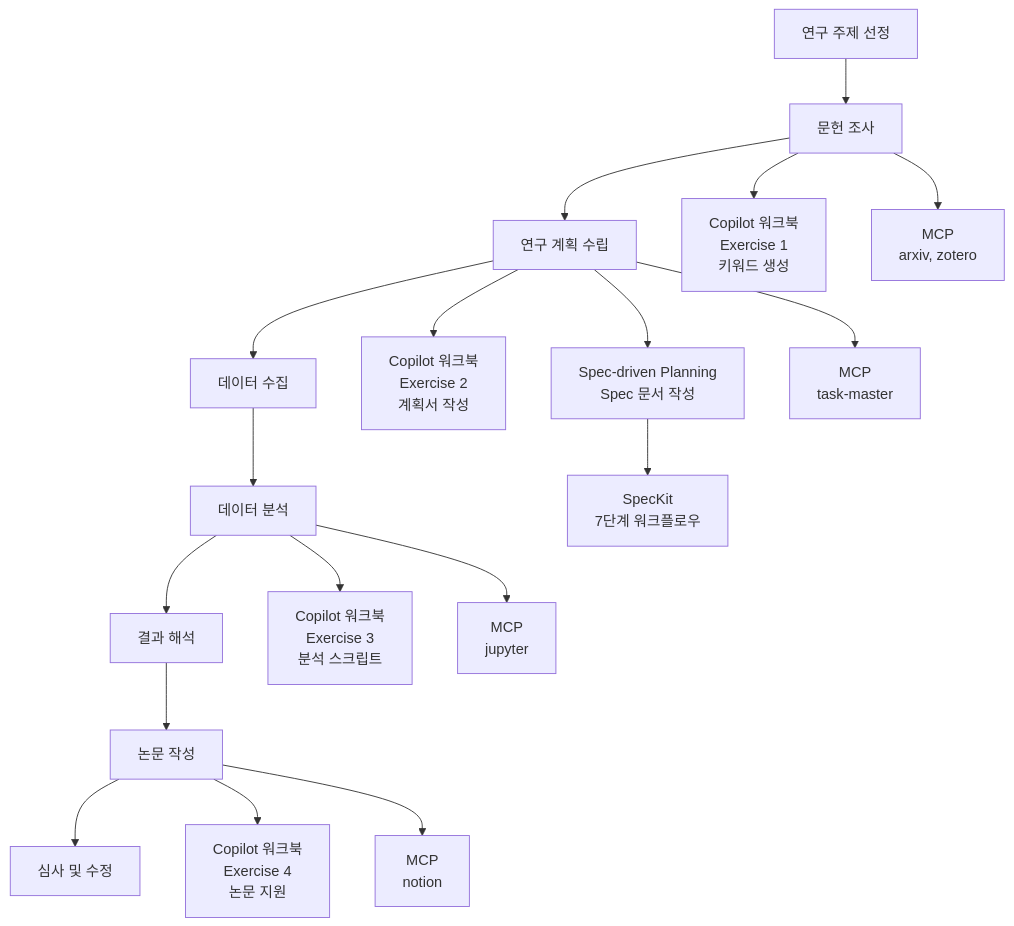
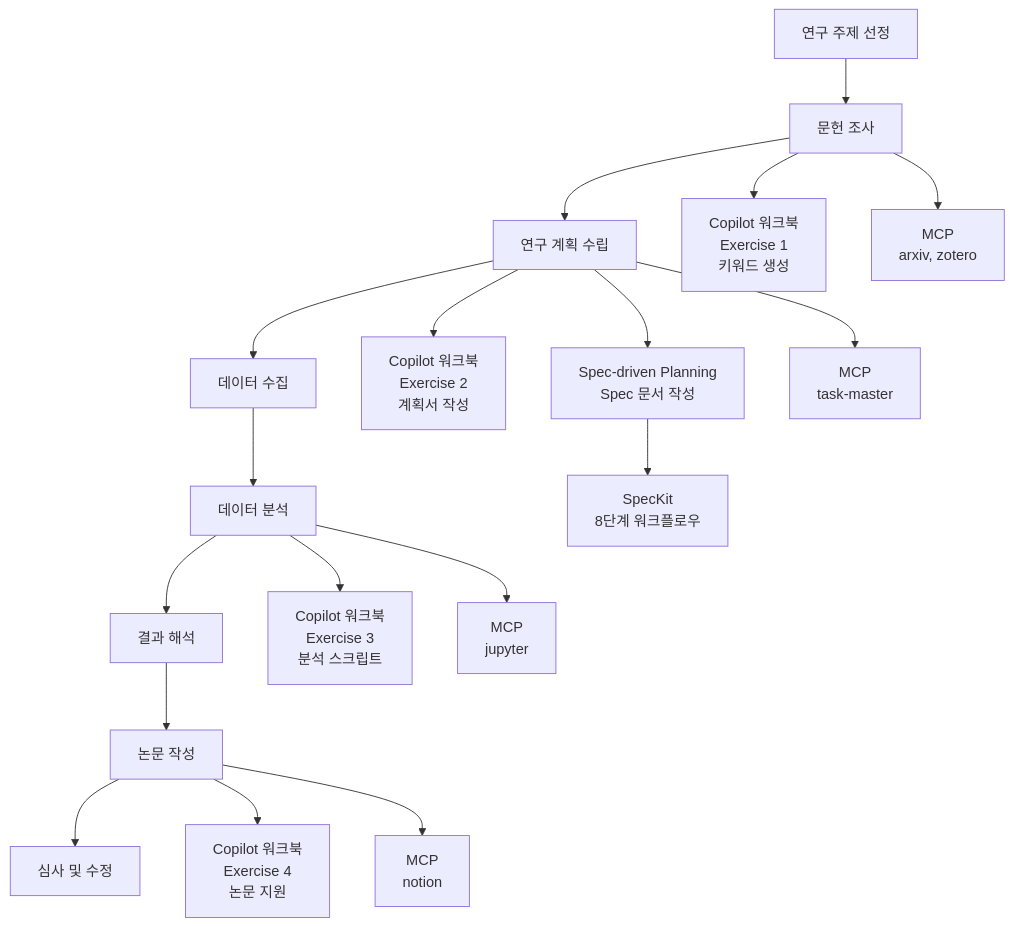
One commit to seo-jinseok/practical-ai-workflow-grad-students changed the first of 3 diagrams in Practical_AI_Workflow_for_Grad_Students_Part2.md. Above: the diagram before and after it, drawn with Mermaid. The commit also changed other lines of this file, not shown here.

````diff
--- a/Practical_AI_Workflow_for_Grad_Students_Part2.md
+++ b/Practical_AI_Workflow_for_Grad_Students_Part2.md
@@ -151,23 +112,23 @@
 ```mermaid
 graph TD
     A[연구 주제 선정] --> B[문헌 조사]
     B --> C[연구 계획 수립]
     C --> D[데이터 수집]
     D --> E[데이터 분석]
     E --> F[결과 해석]
     F --> G[논문 작성]
     G --> H[심사 및 수정]
     
     B --> B1[Copilot 워크북<br/>Exercise 1<br/>키워드 생성]
     C --> C1[Copilot 워크북<br/>Exercise 2<br/>계획서 작성]
     E --> E1[Copilot 워크북<br/>Exercise 3<br/>분석 스크립트]
     G --> G1[Copilot 워크북<br/>Exercise 4<br/>논문 지원]
     
     C --> C2[Spec-driven Planning<br/>Spec 문서 작성]
     B --> B2[MCP<br/>arxiv, zotero]
     E --> E2[MCP<br/>jupyter]
     C --> C3[MCP<br/>task-master]
     G --> G3[MCP<br/>notion]
     
-    C2 --> C4[SpecKit<br/>7단계 워크플로우]
+    C2 --> C4[SpecKit<br/>8단계 워크플로우]
 ```
````
